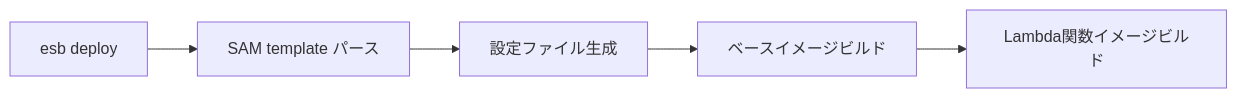
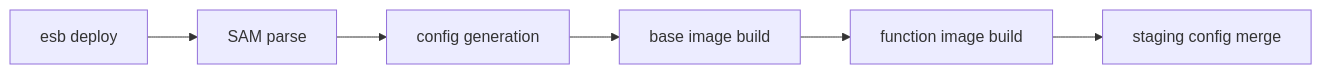
Before and after one commit to poruru-code/esb-cli: the second of 3 diagrams in docs/container-management.md, drawn with Mermaid. The commit also changed other lines of this file and 10 other files, not shown here.

````diff
--- a/docs/container-management.md
+++ b/docs/container-management.md
@@ -43,7 +38,8 @@
 ```mermaid
 flowchart LR
-    A[esb deploy] --> B[SAM template パース]
-    B --> C[設定ファイル生成]
-    C --> D[ベースイメージビルド]
-    D --> E[Lambda関数イメージビルド]
+    A[esb deploy] --> B[SAM parse]
+    B --> C[config generation]
+    C --> D[base image build]
+    D --> E[function image build]
+    E --> F[staging config merge]
 ```
````
